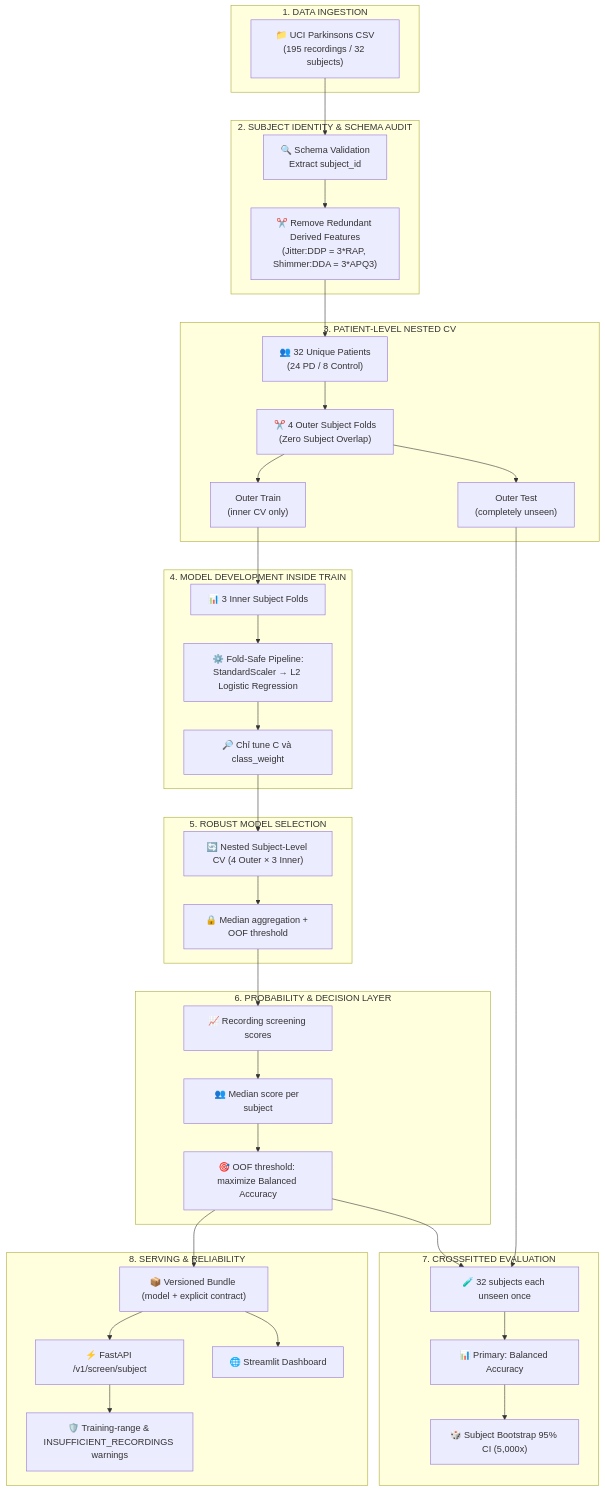
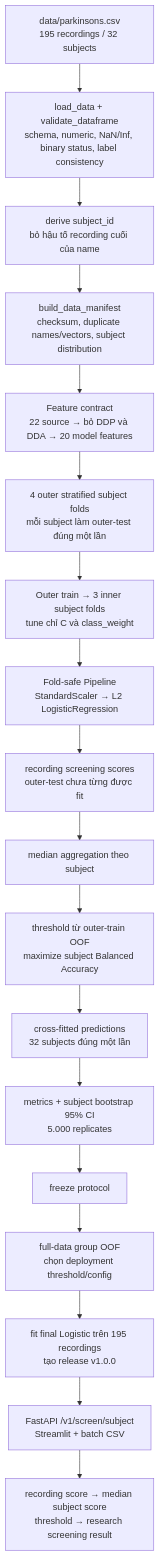
Before and after one commit to haminhthong/Parkinsons-Voice-Classification: the diagram in README.md, drawn with Mermaid. The commit also changed other lines of this file and 54 other files, not shown here.

````diff
--- a/README.md
+++ b/README.md
@@ -73,49 +31,20 @@
 ```mermaid
 flowchart TD
-    subgraph S1 ["1. DATA INGESTION"]
-        D1["📁 UCI Parkinsons CSV<br/>(195 recordings / 32 subjects)"]
-    end
-
-    subgraph S2 ["2. SUBJECT IDENTITY & SCHEMA AUDIT"]
-        D1 --> A1["🔍 Schema Validation<br/>Extract subject_id"]
-        A1 --> A2["✂️ Remove Redundant Derived Features<br/>(Jitter:DDP = 3*RAP, Shimmer:DDA = 3*APQ3)"]
-    end
-
-    subgraph S3 ["3. PATIENT-LEVEL NESTED CV"]
-        A2 --> H1["👥 32 Unique Patients<br/>(24 PD / 8 Control)"]
-        H1 --> H2["✂️ 4 Outer Subject Folds<br/>(Zero Subject Overlap)"]
-        H2 --> TR["Outer Train<br/>(inner CV only)"]
-        H2 --> HO["Outer Test<br/>(completely unseen)"]
-    end
-
-    subgraph S4 ["4. MODEL DEVELOPMENT INSIDE TRAIN"]
-        TR --> M1["📊 3 Inner Subject Folds"]
-        M1 --> M2["⚙️ Fold-Safe Pipeline:<br/>StandardScaler → L2 Logistic Regression"]
-        M2 --> M3["🔎 Chỉ tune C và class_weight"]
-    end
-
-    subgraph S5 ["5. ROBUST MODEL SELECTION"]
-        M3 --> N1["🔄 Nested Subject-Level CV (4 Outer × 3 Inner)"]
-        N1 --> N2["🔒 Median aggregation + OOF threshold"]
-    end
-
-    subgraph S6 ["6. PROBABILITY & DECISION LAYER"]
-        N2 --> C1["📈 Recording screening scores"]
-        C1 --> C2["👥 Median score per subject"]
-        C2 --> C3["🎯 OOF threshold: maximize Balanced Accuracy"]
-    end
-
-    subgraph S7 ["7. CROSSFITTED EVALUATION"]
-        HO --> E1["🧪 32 subjects each unseen once"]
-        C3 --> E1
-        E1 --> E2["📊 Primary: Balanced Accuracy"]
-        E2 --> E3["🎲 Subject Bootstrap 95% CI (5,000x)"]
-    end
-
-    subgraph S8 ["8. SERVING & RELIABILITY"]
-        C3 --> S8_1["📦 Versioned Bundle (model + explicit contract)"]
-        S8_1 --> S8_2["⚡ FastAPI /v1/screen/subject"]
-        S8_1 --> S8_3["🌐 Streamlit Dashboard"]
-        S8_2 --> S8_4["🛡️ Training-range & INSUFFICIENT_RECORDINGS warnings"]
-    end
+    A["data/parkinsons.csv<br/>195 recordings / 32 subjects"] --> B["load_data + validate_dataframe<br/>schema, numeric, NaN/Inf, binary status, label consistency"]
+    B --> C["derive subject_id<br/>bỏ hậu tố recording cuối của name"]
+    C --> D["build_data_manifest<br/>checksum, duplicate names/vectors, subject distribution"]
+    D --> E["Feature contract<br/>22 source → bỏ DDP và DDA → 20 model features"]
+    E --> F["4 outer stratified subject folds<br/>mỗi subject làm outer-test đúng một lần"]
+    F --> G["Outer train → 3 inner subject folds<br/>tune chỉ C và class_weight"]
+    G --> H["Fold-safe Pipeline<br/>StandardScaler → L2 LogisticRegression"]
+    H --> I["recording screening scores<br/>outer-test chưa từng được fit"]
+    I --> J["median aggregation theo subject"]
+    J --> K["threshold từ outer-train OOF<br/>maximize subject Balanced Accuracy"]
+    K --> L["cross-fitted predictions<br/>32 subjects đúng một lần"]
+    L --> M["metrics + subject bootstrap 95% CI<br/>5.000 replicates"]
+    M --> N["freeze protocol"]
+    N --> O["full-data group OOF<br/>chọn deployment threshold/config"]
+    O --> P["fit final Logistic trên 195 recordings<br/>tạo release v1.0.0"]
+    P --> Q["FastAPI /v1/screen/subject<br/>Streamlit + batch CSV"]
+    Q --> R["recording score → median subject score<br/>threshold → research screening result"]
 ```
````
